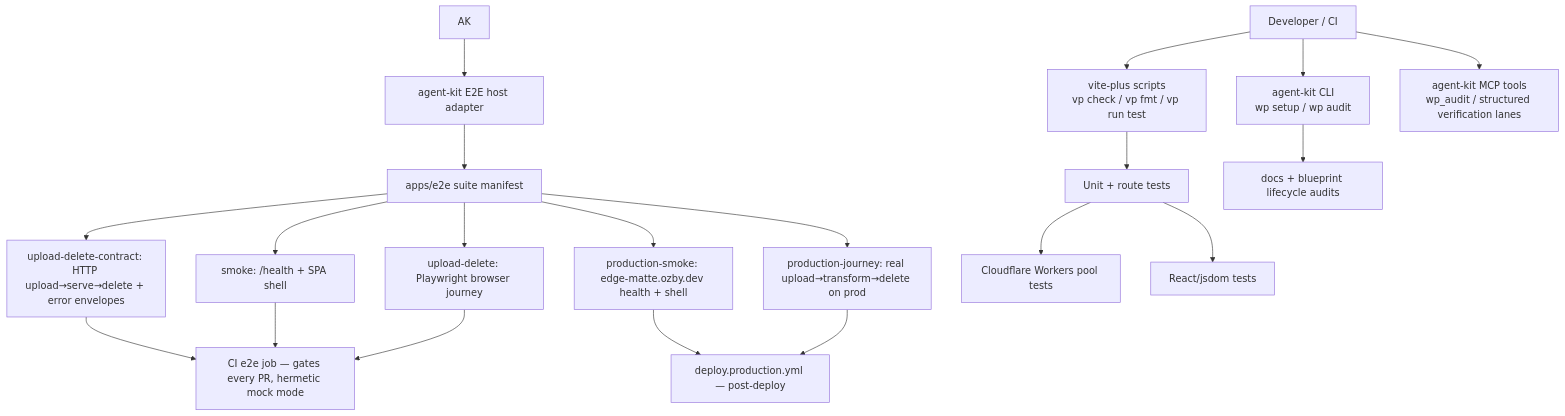
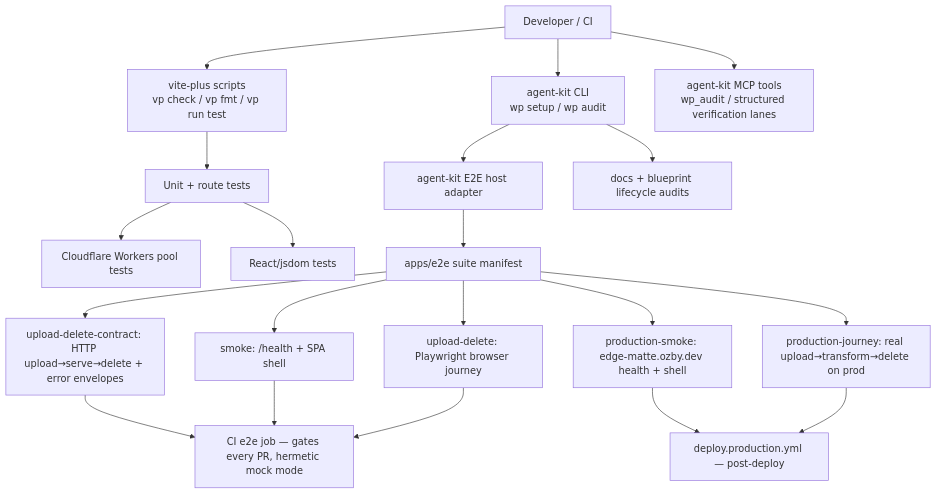
The eighth of 10 diagrams in docs/architecture.md (ozby/edge-matte), drawn with Mermaid before and after one commit. The commit also changed other lines of this file and 2 other files, not shown here.

First line of the commit message:
test(worker): lock the internal-raw gate + cf.image provider; align architecture docs

````diff
--- a/docs/architecture.md
+++ b/docs/architecture.md
@@ -256,26 +263,26 @@
 ```mermaid
 flowchart TD
     DEV[Developer / CI] --> VP[vite-plus scripts<br/>vp check / vp fmt / vp run test]
     DEV --> WP[agent-kit CLI<br/>wp setup / wp audit]
     DEV --> MCP[agent-kit MCP tools<br/>wp_audit / structured verification lanes]
 
     VP --> UNIT[Unit + route tests]
     UNIT --> WORKERS[Cloudflare Workers pool tests]
     UNIT --> REACT[React/jsdom tests]
 
-    AK --> E2E[agent-kit E2E host adapter]
+    WP --> E2E[agent-kit E2E host adapter]
     E2E --> MANIFEST[apps/e2e suite manifest]
     MANIFEST --> CONTRACT[upload-delete-contract: HTTP upload→serve→delete + error envelopes]
     MANIFEST --> SMOKE[smoke: /health + SPA shell]
     MANIFEST --> UPLOAD[upload-delete: Playwright browser journey]
     MANIFEST --> PROD[production-smoke: edge-matte.ozby.dev health + shell]
     MANIFEST --> PRODJOURNEY[production-journey: real upload→transform→delete on prod]
 
     CONTRACT --> PRGATE[CI e2e job — gates every PR, hermetic mock mode]
     SMOKE --> PRGATE
     UPLOAD --> PRGATE
     PROD --> POSTDEPLOY[deploy.production.yml — post-deploy]
     PRODJOURNEY --> POSTDEPLOY
 
     WP --> DOCS[docs + blueprint lifecycle audits]
 ```
````
